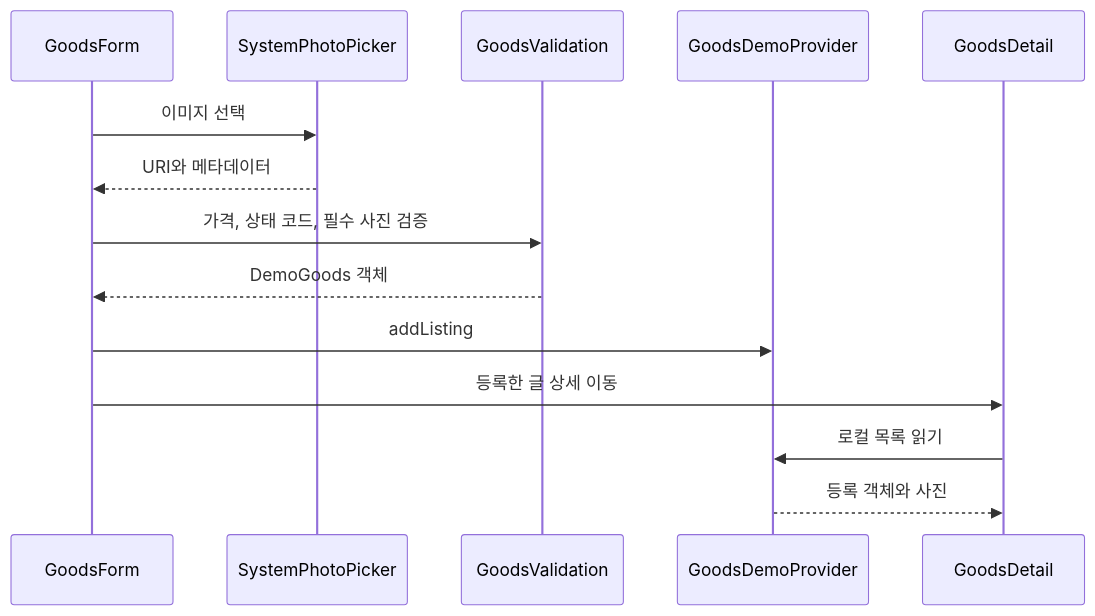
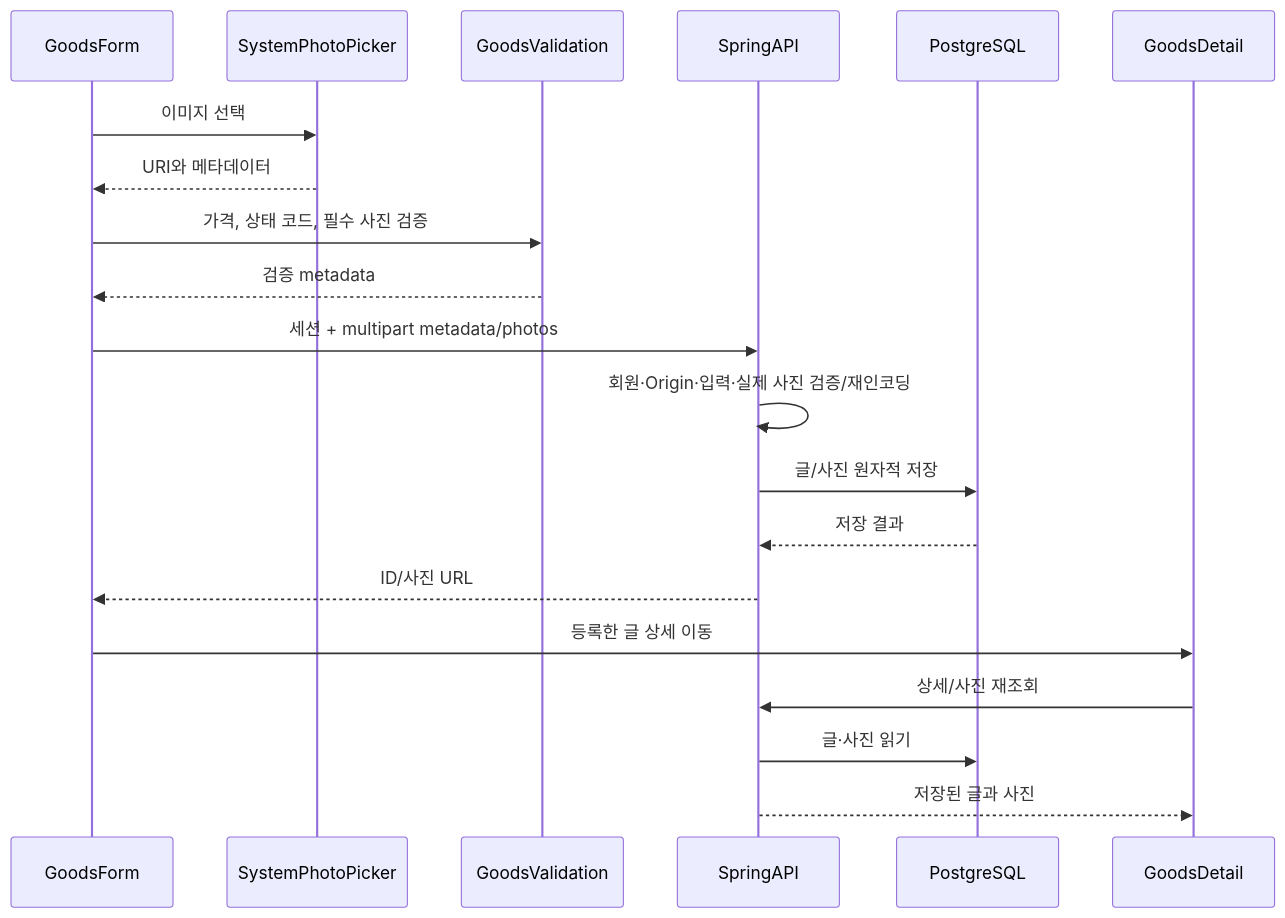
Before and after one commit to leedahye2001/stage-pin: the fourth of 4 diagrams in docs/data-flows.md, drawn with Mermaid. The commit also changed other lines of this file and 6 other files, not shown here.

````diff
--- a/docs/data-flows.md
+++ b/docs/data-flows.md
@@ -100,16 +100,22 @@
 ```mermaid
 sequenceDiagram
     participant GoodsForm
     participant SystemPhotoPicker
     participant GoodsValidation
-    participant GoodsDemoProvider
+    participant SpringAPI
+    participant PostgreSQL
     participant GoodsDetail
     GoodsForm->>SystemPhotoPicker: 이미지 선택
     SystemPhotoPicker-->>GoodsForm: URI와 메타데이터
     GoodsForm->>GoodsValidation: 가격, 상태 코드, 필수 사진 검증
-    GoodsValidation-->>GoodsForm: DemoGoods 객체
-    GoodsForm->>GoodsDemoProvider: addListing
+    GoodsValidation-->>GoodsForm: 검증 metadata
+    GoodsForm->>SpringAPI: 세션 + multipart metadata/photos
+    SpringAPI->>SpringAPI: 회원·Origin·입력·실제 사진 검증/재인코딩
+    SpringAPI->>PostgreSQL: 글/사진 원자적 저장
+    PostgreSQL-->>SpringAPI: 저장 결과
+    SpringAPI-->>GoodsForm: ID/사진 URL
     GoodsForm->>GoodsDetail: 등록한 글 상세 이동
-    GoodsDetail->>GoodsDemoProvider: 로컬 목록 읽기
-    GoodsDemoProvider-->>GoodsDetail: 등록 객체와 사진
+    GoodsDetail->>SpringAPI: 상세/사진 재조회
+    SpringAPI->>PostgreSQL: 글·사진 읽기
+    SpringAPI-->>GoodsDetail: 저장된 글과 사진
 ```
````
